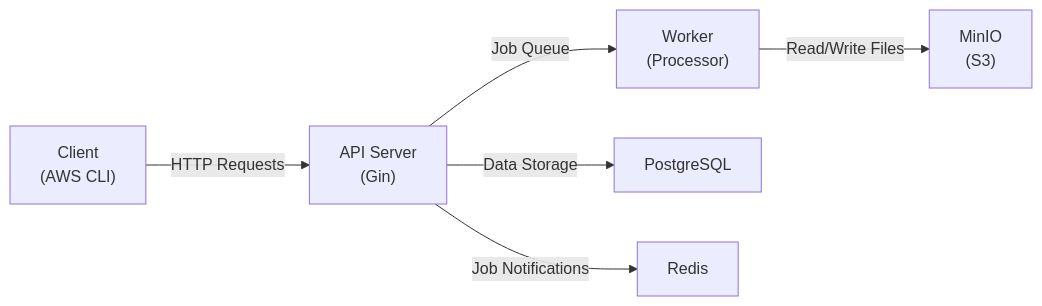
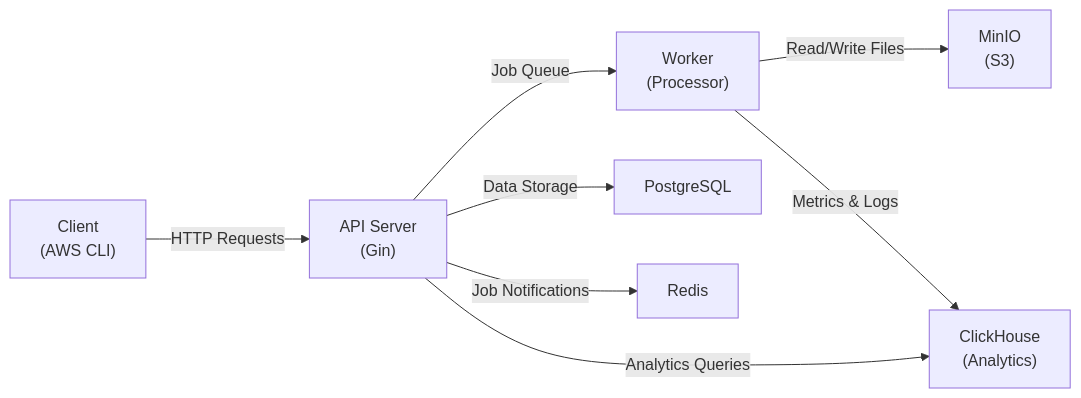
Before and after one commit to mukundshah/mediaconvert: the diagram in README.md, drawn with Mermaid. The commit also changed other lines of this file, not shown here.

Commit message:
docs: add analytics documentation to README

````diff
--- a/README.md
+++ b/README.md
@@ -18,8 +19,10 @@
 ```mermaid
 flowchart LR
     Client["Client<br/>(AWS CLI)"] -->|"HTTP Requests"| APIServer["API Server<br/>(Gin)"]
     APIServer -->|"Job Queue"| Worker["Worker<br/>(Processor)"]
     APIServer -->|"Data Storage"| PostgreSQL["PostgreSQL"]
     APIServer -->|"Job Notifications"| Redis["Redis"]
+    APIServer -->|"Analytics Queries"| ClickHouse["ClickHouse<br/>(Analytics)"]
     Worker -->|"Read/Write Files"| MinIO["MinIO<br/>(S3)"]
+    Worker -->|"Metrics & Logs"| ClickHouse
 ```
````
